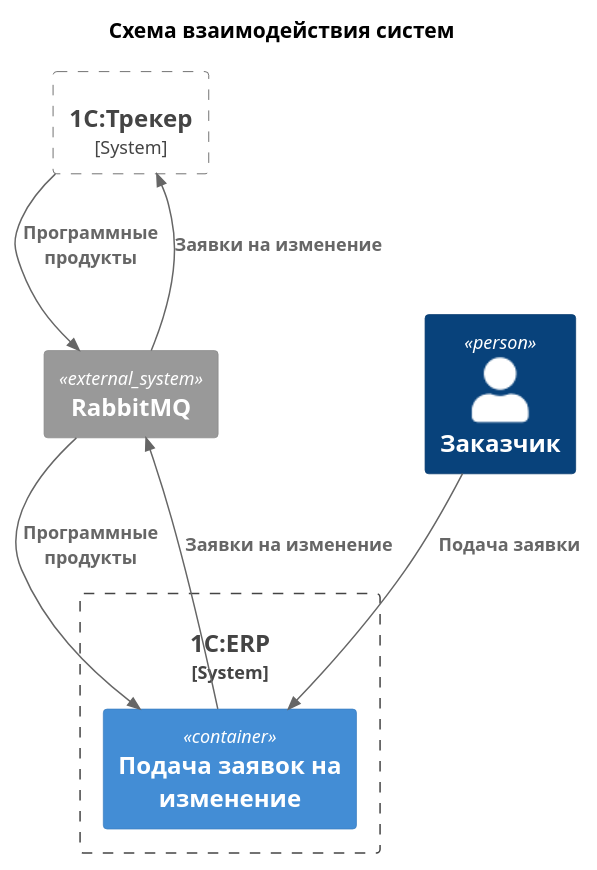
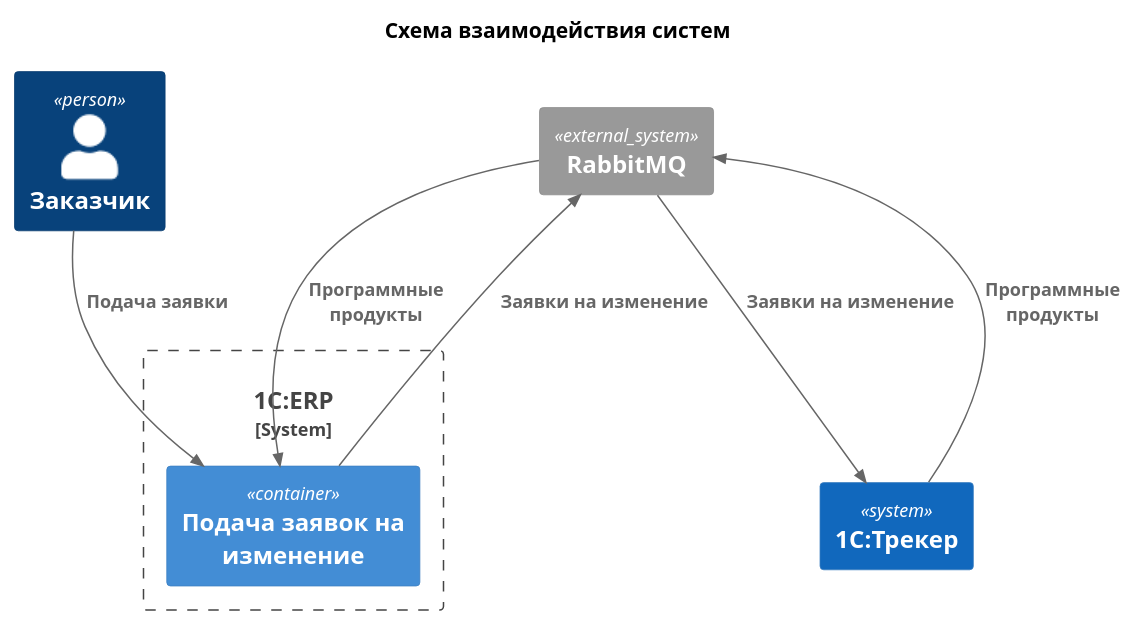
One commit to SerTselikov/otus_project changed the diagram in doc/BPMN, C4, ER/Схема C4 взаимодействия систем.wsd. Above: the diagram before and after it, drawn with PlantUML. The commit also changed 3 other files, not shown here.

```diff
--- a/doc/BPMN, C4, ER/Схема C4 взаимодействия систем.wsd
+++ b/doc/BPMN, C4, ER/Схема C4 взаимодействия систем.wsd
@@ -1,41 +1,30 @@
 @startuml
 !include https://raw.githubusercontent.com/plantuml-stdlib/C4-PlantUML/master/C4.puml
 !include https://raw.githubusercontent.com/plantuml-stdlib/C4-PlantUML/master/C4_Container.puml
 !include https://raw.githubusercontent.com/plantuml-stdlib/C4-PlantUML/master/C4_Component.puml
 
 ' LAYOUT_WITH_LEGEND()
 
 title Схема взаимодействия систем
 
 Person(Клиент, Заказчик)
 
 ' Системы
 System_Boundary(ЕРП, "1C:ERP") {
     Container(ЕРП_Заявки, "Подача заявок на изменение", "")    
 }
-' System_Boundary(ЗУП, "1C:ЗУП") {
-'     Container(ЗУП_Заявки, "Подача заявок на изменение", "")
-' }
-
-' System(Трекер, "1C:Трекер")
-System_Boundary(Трекер, "1C:Трекер") {
-}
-
+System(Трекер, "1C:Трекер")
 System_Ext(ШинаДанных, "RabbitMQ")
 
 ' Связи
 Rel(Клиент, ЕРП_Заявки, "Подача заявки")
 Rel(ЕРП_Заявки, ШинаДанных, "Заявки на изменение")
 Rel(ШинаДанных, Трекер, "Заявки на изменение")
-' Rel(Клиент, ЗУП_Заявки, "Подача заявки")
-' Rel(ЗУП_Заявки, ШинаДанных, "Заявки на изменение")
 
 Rel(Трекер, ШинаДанных, "Программные продукты")
 Rel(ШинаДанных, ЕРП_Заявки, "Программные продукты")
-' Rel(ШинаДанных, ЗУП_Заявки, "Программные продукты")
-
 
 ' Расположение
 'Lay_U(ЕРП, Трекер)
 
 @enduml
```
